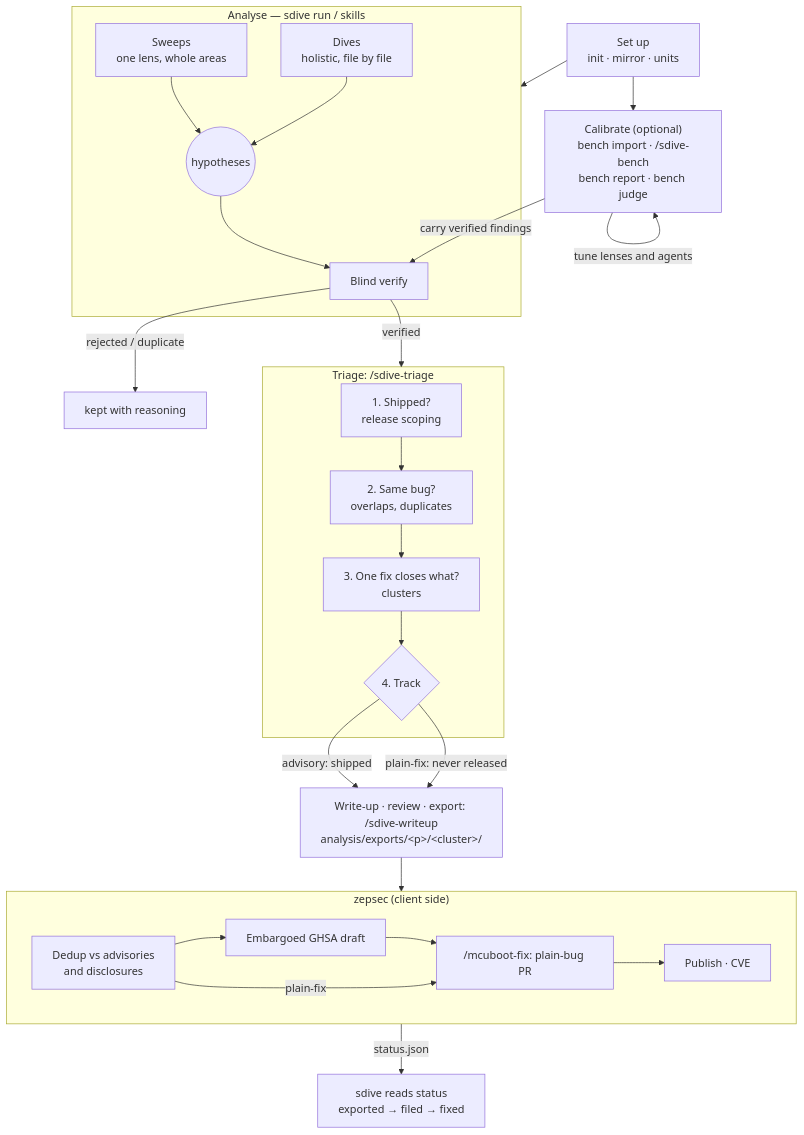
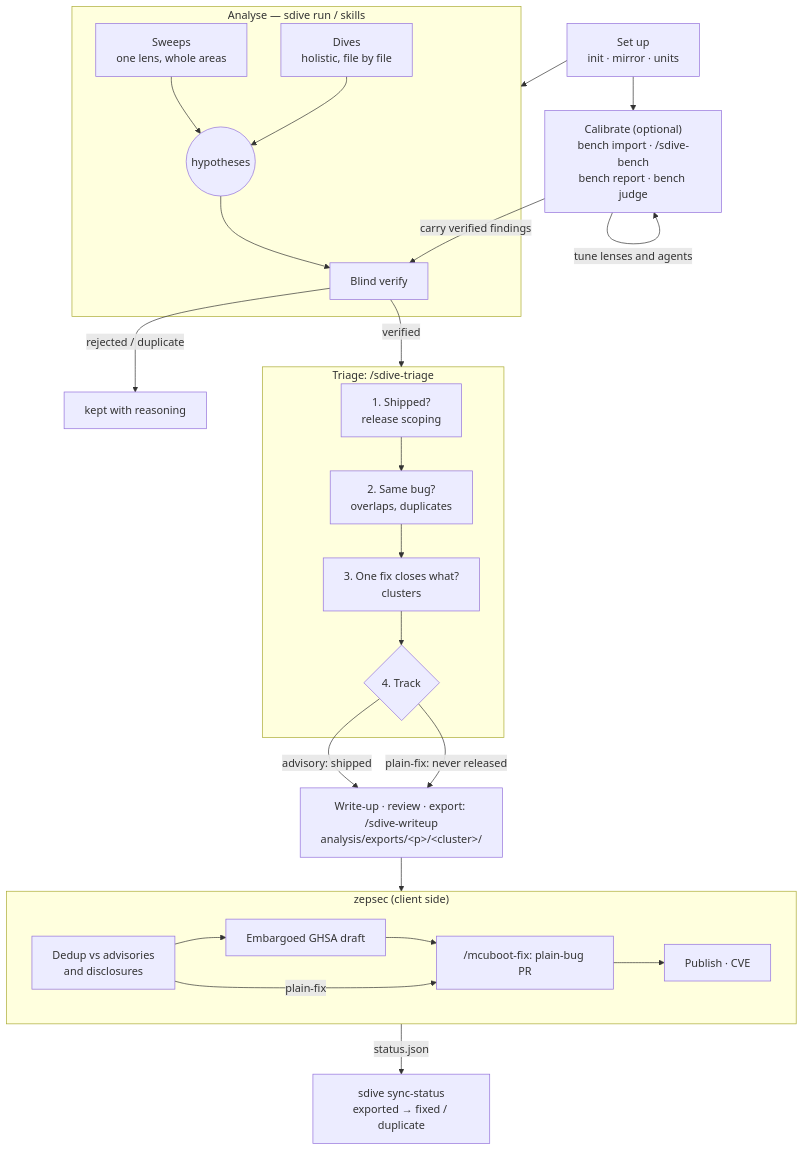
The diagram in process.md (ceolin/sdive), drawn with Mermaid before and after one commit. The commit also changed other lines of this file and 10 other files, not shown here.

First line of the commit message:
Add the zepsec hand-off contract and sync-status

````diff
--- a/process.md
+++ b/process.md
@@ -51,35 +51,35 @@
 ```mermaid
 flowchart TD
     setup["Set up<br/>init · mirror · units"] --> bench
     setup --> analyse
     bench["Calibrate (optional)<br/>bench import · /sdive-bench<br/>bench report · bench judge"] -->|tune lenses and agents| bench
     bench -->|carry verified findings| verify
 
     subgraph analyse ["Analyse — sdive run / skills"]
         sweep["Sweeps<br/>one lens, whole areas"] --> hyp((hypotheses))
         dive["Dives<br/>holistic, file by file"] --> hyp
         hyp --> verify["Blind verify"]
     end
 
     verify -->|rejected / duplicate| done1[kept with reasoning]
     verify -->|verified| triage
 
     subgraph triage ["Triage: /sdive-triage"]
         scope["1. Shipped?<br/>release scoping"] --> dup["2. Same bug?<br/>overlaps, duplicates"]
         dup --> cluster["3. One fix closes what?<br/>clusters"]
         cluster --> track{"4. Track"}
     end
 
     track -->|advisory: shipped| export
     track -->|plain-fix: never released| export
     export["Write-up · review · export: /sdive-writeup<br/>analysis/exports/&lt;p&gt;/&lt;cluster&gt;/"] --> zepsec
 
     subgraph zepsec ["zepsec (client side)"]
         dedup["Dedup vs advisories<br/>and disclosures"] --> ghsa["Embargoed GHSA draft"]
         ghsa --> fix["/mcuboot-fix: plain-bug PR"]
         dedup -->|plain-fix| fix
         fix --> pub["Publish · CVE"]
     end
 
-    zepsec -->|status.json| back["sdive reads status<br/>exported → filed → fixed"]
+    zepsec -->|status.json| back["sdive sync-status<br/>exported → fixed / duplicate"]
 ```
````
